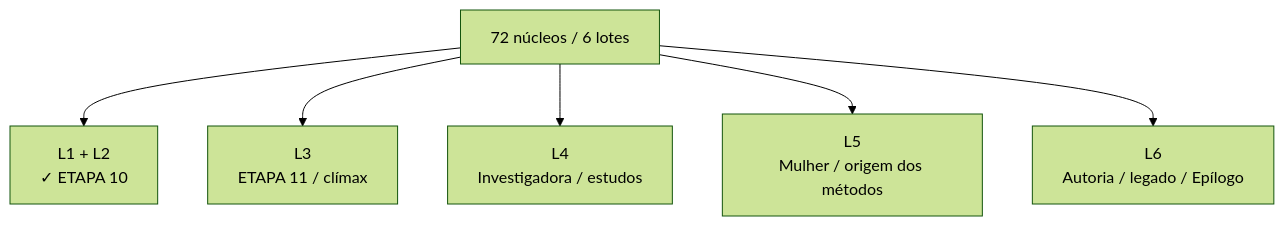
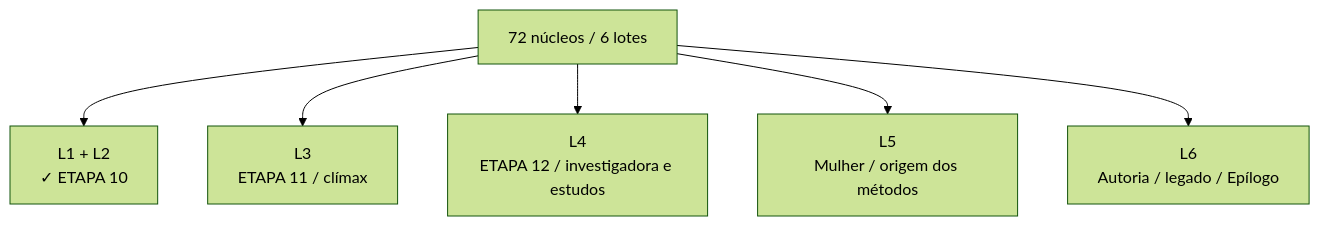
One commit to Sollimastudio/trilogia-sol-lima changed the sixth of 6 diagrams in 01_MORTE_EM_VIDA/MAPA_VISUAL_PARTE_IV_ATUAL.md. Above: the diagram before and after it, drawn with Mermaid (forest theme). The commit also changed other lines of this file, not shown here.

Commit message:
Atualiza mapa visual com clímax da Etapa 11

````diff
--- a/01_MORTE_EM_VIDA/MAPA_VISUAL_PARTE_IV_ATUAL.md
+++ b/01_MORTE_EM_VIDA/MAPA_VISUAL_PARTE_IV_ATUAL.md
@@ -53,8 +68,8 @@
 ```mermaid
 flowchart TD
 A[72 núcleos / 6 lotes] --> B[L1 + L2\n✓ ETAPA 10]
 A --> C[L3\nETAPA 11 / clímax]
-A --> D[L4\nInvestigadora / estudos]
+A --> D[L4\nETAPA 12 / investigadora e estudos]
 A --> E[L5\nMulher / origem dos métodos]
 A --> F[L6\nAutoria / legado / Epílogo]
 ```
````
